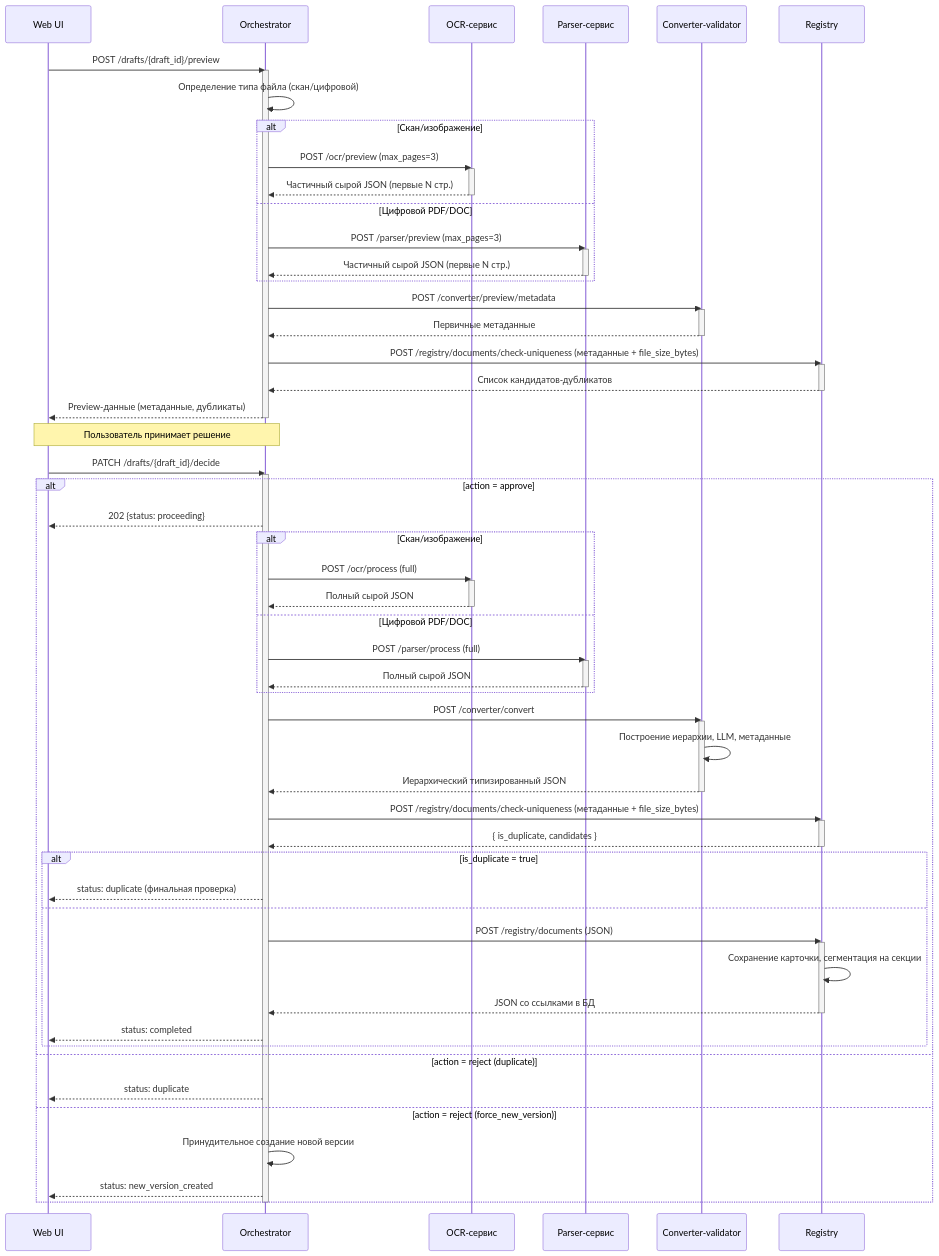
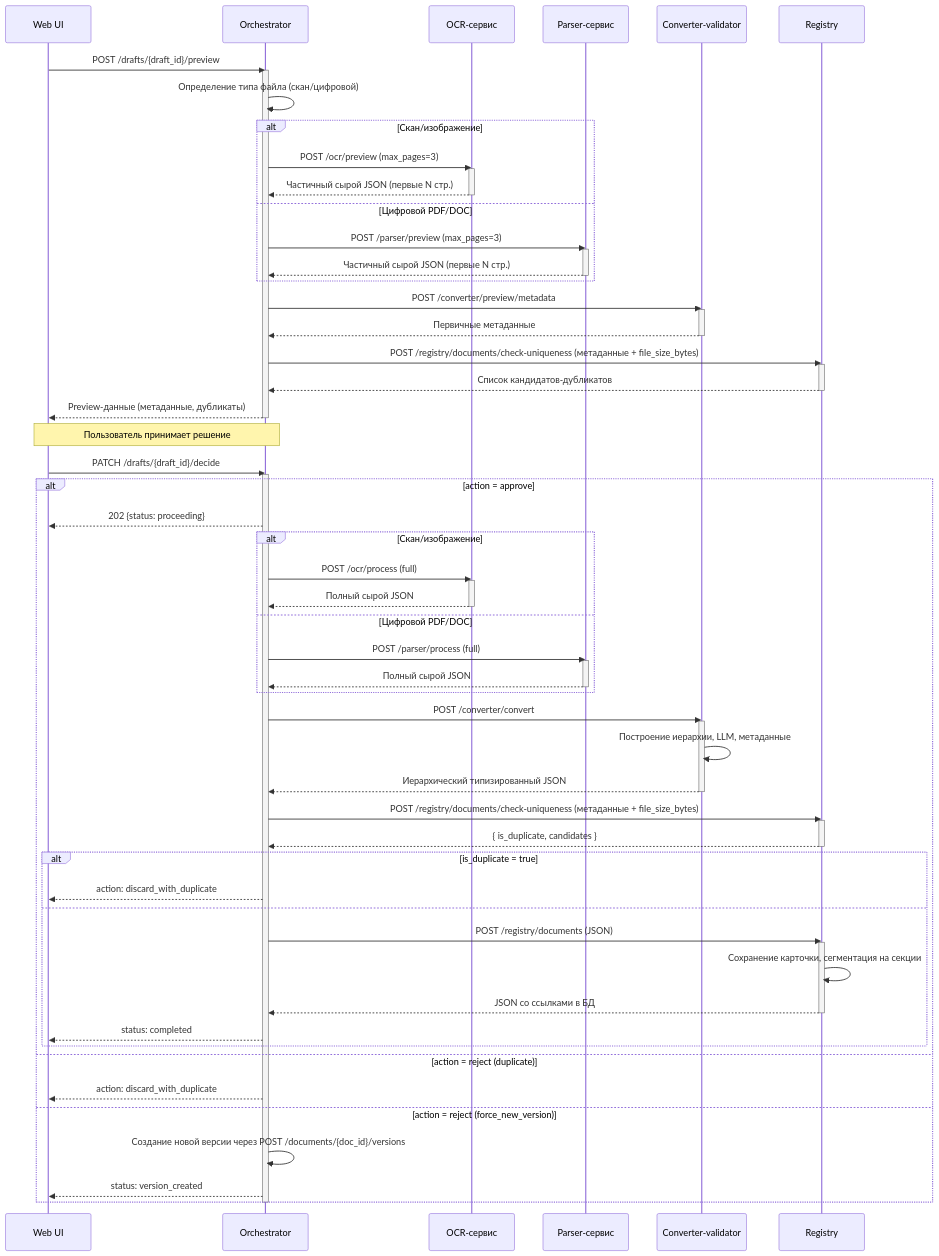
Before and after one commit to MasterKSAF/PKB: the first of 4 diagrams in docs/pipelines/pipeline1-formation.md, drawn with Mermaid. The commit also changed other lines of this file and 14 other files, not shown here.

````diff
--- a/docs/pipelines/pipeline1-formation.md
+++ b/docs/pipelines/pipeline1-formation.md
@@ -72,7 +72,7 @@
         Reg-->>Orch: { is_duplicate, candidates }
         deactivate Reg
         alt is_duplicate = true
-            Orch-->>UI: status: duplicate (финальная проверка)
+            Orch-->>UI: action: discard_with_duplicate
         else
             Orch->>Reg: POST /registry/documents (JSON)
             activate Reg
@@ -82,10 +82,10 @@
             Orch-->>UI: status: completed
         end
     else action = reject (duplicate)
-        Orch-->>UI: status: duplicate
+        Orch-->>UI: action: discard_with_duplicate
     else action = reject (force_new_version)
-        Orch->>Orch: Принудительное создание новой версии
-        Orch-->>UI: status: new_version_created
+        Orch->>Orch: Создание новой версии через POST /documents/{doc_id}/versions
+        Orch-->>UI: status: version_created
     end
     deactivate Orch
 ```
````
